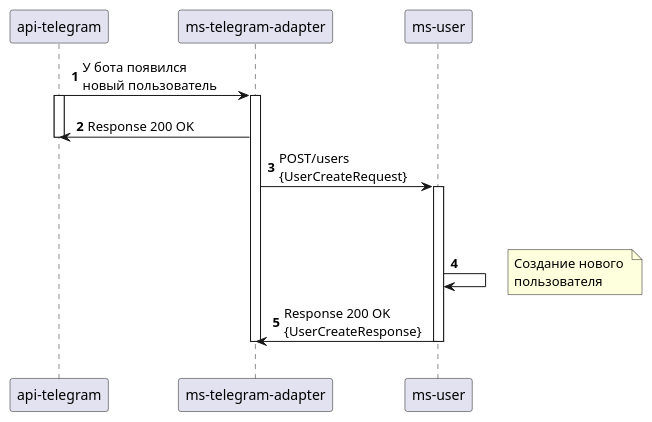
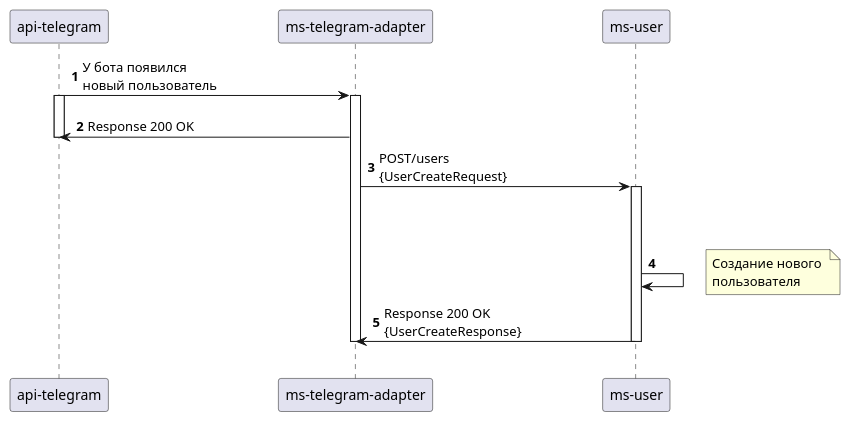
The diagram in sequence/newUserByTelegram.plantuml (SomeTechStudio/lib-api), drawn with PlantUML before and after one commit. The commit also changed 1 other file, not shown here.

Commit message:
Feature/SP-11 Add sequence AddUserBySubscription

```diff
--- a/sequence/newUserByTelegram.plantuml
+++ b/sequence/newUserByTelegram.plantuml
@@ -1,33 +1,33 @@
-@startuml AddUserBySubscription
+@startuml newUserByTelegram
 autonumber
 skinparam {
     MaxMessageSize 150
     BoxPadding 10
     }
 skinparam sequence {
-    ParticipantPadding 30
+    ParticipantPadding 80
     MessageAlign left
 }
-participant "ms-user" as Usr order 40
-participant "ms-telegram-adapter" as Tgm order 30
+participant "ms-user" as Usr order 70
+participant "ms-telegram-adapter" as Tgm order 40
 participant "api-telegram" as Api order 10
 
 Api -> Tgm: У бота появился \nновый пользователь
 activate Api
 activate Tgm
 ||10||
 Tgm -> Api: Response 200 OK
 deactivate Api
 
 Tgm -> Usr: POST/users  \n{UserCreateRequest}
 activate Usr
 ||50||
 Usr -> Usr:
 note right :Создание нового \nпользователя
 
 Usr -> Tgm: Response 200 OK \n{UserCreateResponse}
 deactivate Tgm
 deactivate Usr
 ||20||
 
 @enduml
```
